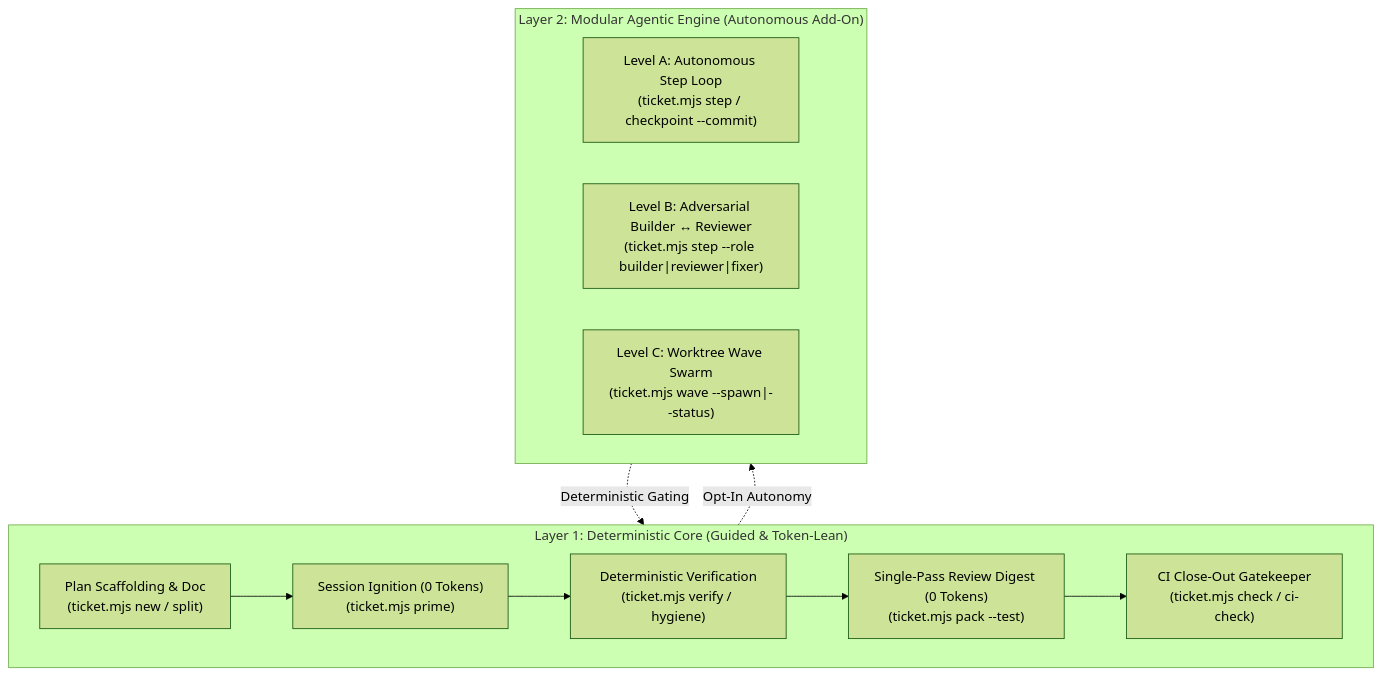
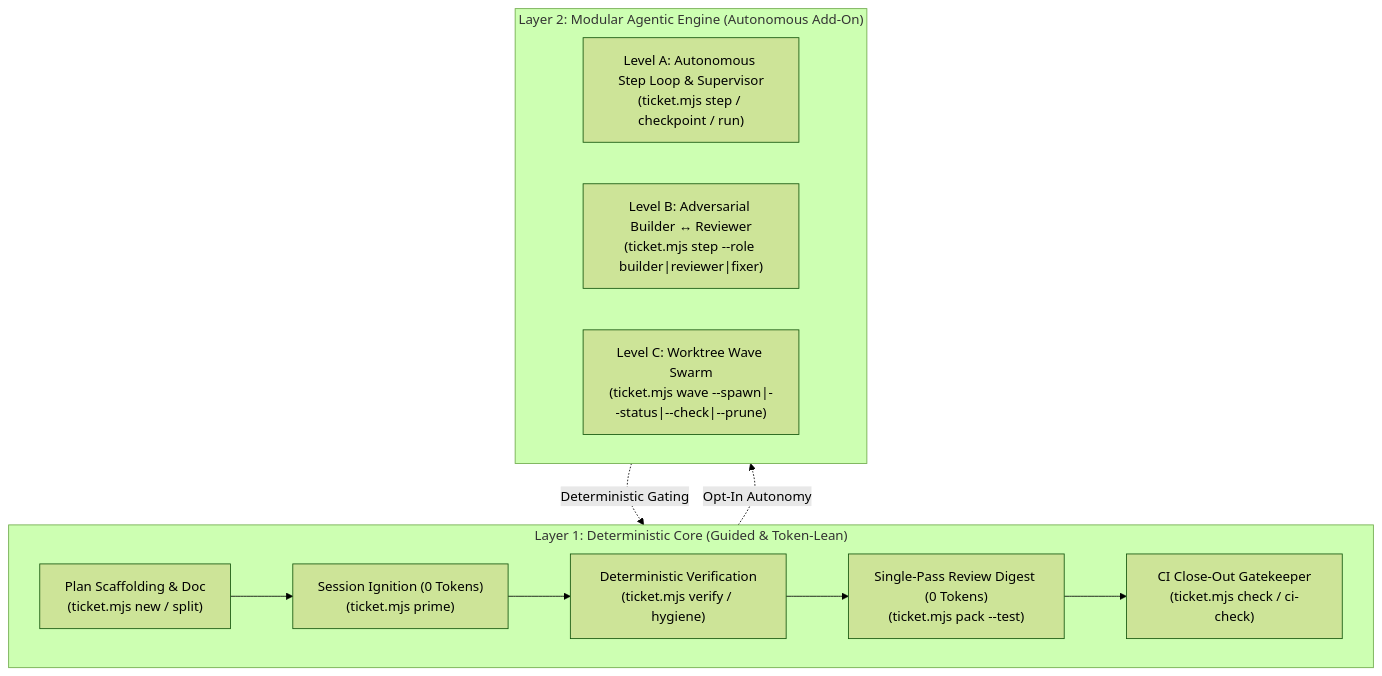
One commit to AaronPG095/AI-Dev-Workflow changed the diagram in README.md. Above: the diagram before and after it, drawn with Mermaid (forest theme). The commit also changed other lines of this file and 6 other files, not shown here.

First line of the commit message:
Plan - Feature: Agentic Outer-Loop Supervisor and Wave Lifecycle Closure (#24)

````diff
--- a/README.md
+++ b/README.md
@@ -11,20 +11,20 @@
 ```mermaid
 flowchart TD
     subgraph Layer1 ["Layer 1: Deterministic Core (Guided & Token-Lean)"]
         P1["Plan Scaffolding & Doc\n(ticket.mjs new / split)"]
         P2["Session Ignition (0 Tokens)\n(ticket.mjs prime)"]
         P3["Deterministic Verification\n(ticket.mjs verify / hygiene)"]
         P4["Single-Pass Review Digest (0 Tokens)\n(ticket.mjs pack --test)"]
         P5["CI Close-Out Gatekeeper\n(ticket.mjs check / ci-check)"]
         P1 --> P2 --> P3 --> P4 --> P5
     end
 
     subgraph Layer2 ["Layer 2: Modular Agentic Engine (Autonomous Add-On)"]
-        A1["Level A: Autonomous Step Loop\n(ticket.mjs step / checkpoint --commit)"]
+        A1["Level A: Autonomous Step Loop & Supervisor\n(ticket.mjs step / checkpoint / run)"]
         A2["Level B: Adversarial Builder ↔ Reviewer\n(ticket.mjs step --role builder|reviewer|fixer)"]
-        A3["Level C: Worktree Wave Swarm\n(ticket.mjs wave --spawn|--status)"]
+        A3["Level C: Worktree Wave Swarm\n(ticket.mjs wave --spawn|--status|--check|--prune)"]
     end
 
     Layer1 -.->|"Opt-In Autonomy"| Layer2
     Layer2 -.->|"Deterministic Gating"| Layer1
 ```
````
